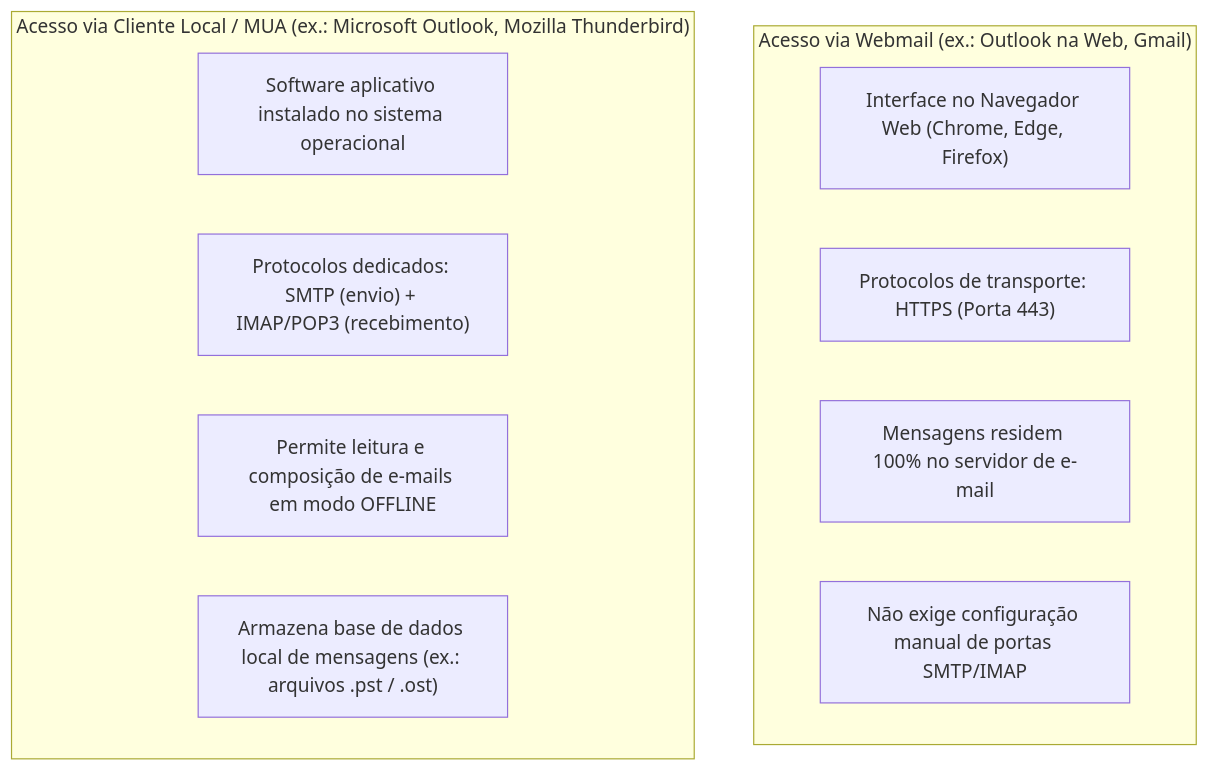
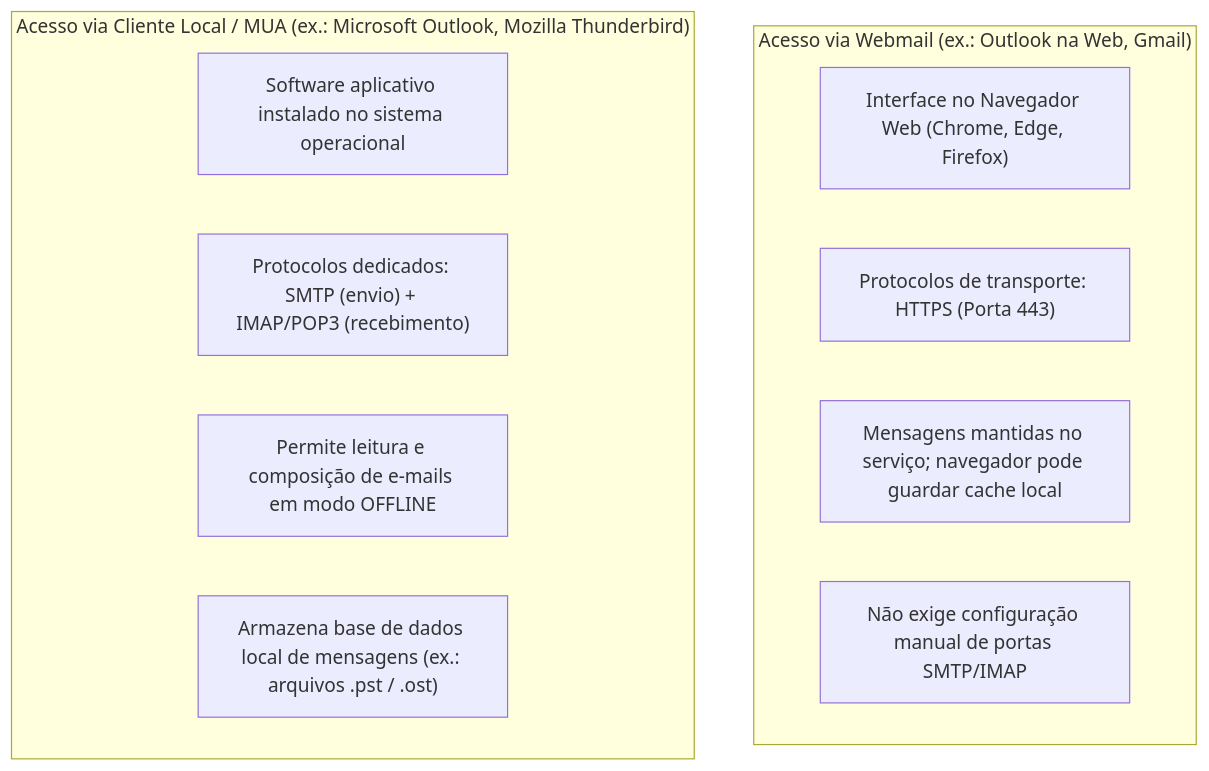
Before and after one commit to leorruas/concursos: the first of 2 diagrams in 3 - Materias/Informatica/10 - correio eletronico webmail cliente local campos e seguranca.md, drawn with Mermaid. The commit also changed other lines of this file, not shown here.

````diff
--- a/3 - Materias/Informatica/10 - correio eletronico webmail cliente local campos e seguranca.md
+++ b/3 - Materias/Informatica/10 - correio eletronico webmail cliente local campos e seguranca.md
@@ -27,16 +27,16 @@
 ```mermaid
 flowchart TD
     subgraph Webmail["Acesso via Webmail (ex.: Outlook na Web, Gmail)"]
         W1["Interface no Navegador Web (Chrome, Edge, Firefox)"]
         W2["Protocolos de transporte: HTTPS (Porta 443)"]
-        W3["Mensagens residem 100% no servidor de e-mail"]
+        W3["Mensagens mantidas no serviço; navegador pode guardar cache local"]
         W4["Não exige configuração manual de portas SMTP/IMAP"]
     end
     
     subgraph ClienteLocal["Acesso via Cliente Local / MUA (ex.: Microsoft Outlook, Mozilla Thunderbird)"]
         C1["Software aplicativo instalado no sistema operacional"]
         C2["Protocolos dedicados: SMTP (envio) + IMAP/POP3 (recebimento)"]
         C3["Permite leitura e composição de e-mails em modo OFFLINE"]
         C4["Armazena base de dados local de mensagens (ex.: arquivos .pst / .ost)"]
     end
 ```
````
